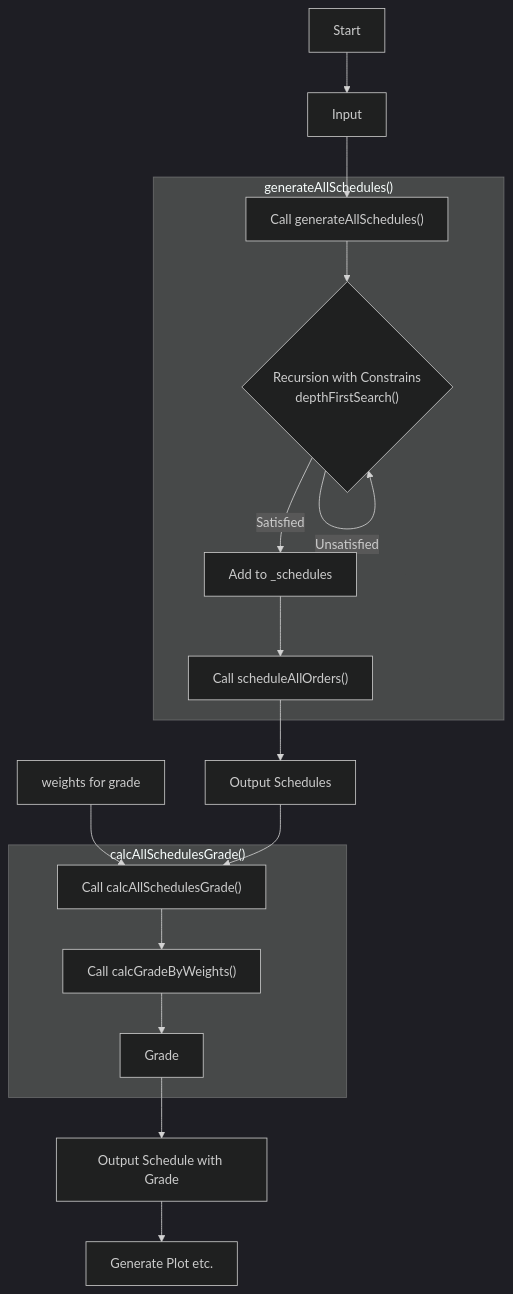
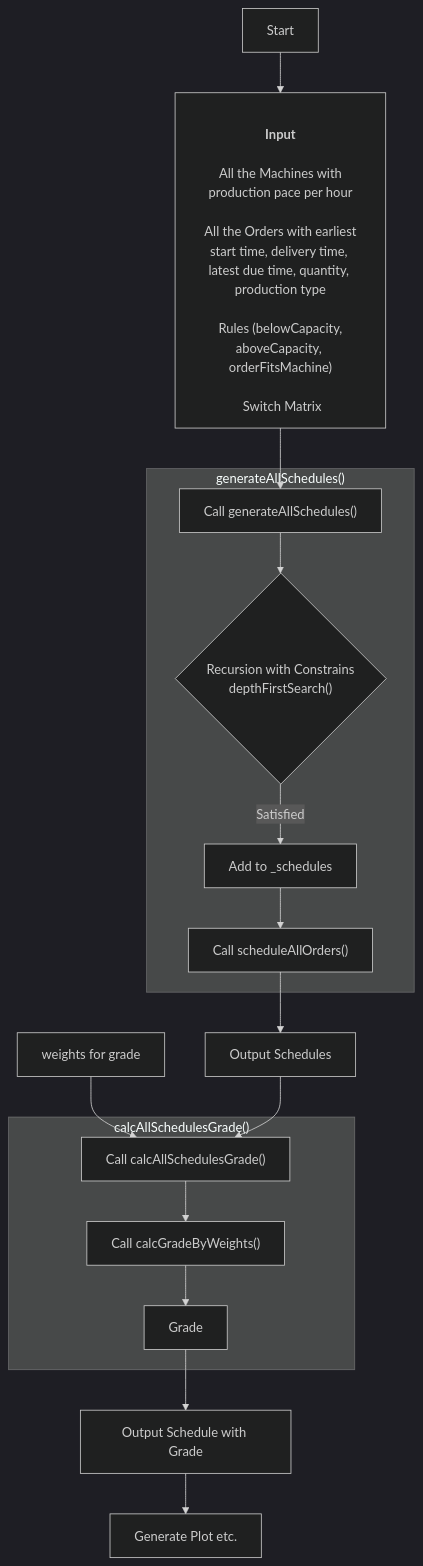
One commit to RPIFisherman/APS-app changed the second of 2 diagrams in README.md. Above: the diagram before and after it, drawn with Mermaid (dark theme). The commit also changed other lines of this file and 2 other files, not shown here.

Commit message:
clean code, edit notes

````diff
--- a/README.md
+++ b/README.md
@@ -144,20 +146,25 @@
 ```mermaid
 graph TD
-    A[Start] --> init[Input]
-    init --> generateAllSchedules["Call generateAllSchedules()"]
-    subgraph "generateAllSchedules()"
-        generateAllSchedules --> depthFirstSearch{"Recursion with Constrains<br>depthFirstSearch()"}
-        depthFirstSearch -->|Satisfied| C[Add to _schedules]
-        depthFirstSearch -->|Unsatisfied| depthFirstSearch
-        C --> D["Call scheduleAllOrders()"]
-    end
-    D --> E[Output Schedules]
-    F[weights for grade] --> calcAllSchedulesGrade
-    E --> calcAllSchedulesGrade["Call calcAllSchedulesGrade()"]
-    subgraph "calcAllSchedulesGrade()"
-        calcAllSchedulesGrade --> calcGradeByWeights["Call calcGradeByWeights()"]
-        calcGradeByWeights --> Grade[Grade]
-    end
-    Grade --> G[Output Schedule with Grade]
-    G --> H[Generate Plot etc.]
+    A[Start] --> init["<br><strong>Input</strong>
+      <br> All the Machines with production pace per hour
+<br> All the Orders with earliest start time, delivery time, <br>latest due time, quantity, production type
+<br> Rules (belowCapacity, aboveCapacity, orderFitsMachine)
+<br> Switch Matrix"]
+
+init --> generateAllSchedules["Call generateAllSchedules()"]
+subgraph "generateAllSchedules()"
+generateAllSchedules --> depthFirstSearch{"Recursion with Constrains<br>depthFirstSearch()"}
+depthFirstSearch -->|Satisfied|C[Add to _schedules]
+%%depthFirstSearch -->|Unsatisfied|depthFirstSearch
+C --> D["Call scheduleAllOrders()"]
+end
+D --> E[Output Schedules]
+F[weights for grade] --> calcAllSchedulesGrade
+E --> calcAllSchedulesGrade["Call calcAllSchedulesGrade()"]
+subgraph "calcAllSchedulesGrade()"
+calcAllSchedulesGrade --> calcGradeByWeights["Call calcGradeByWeights()"]
+calcGradeByWeights --> Grade[Grade]
+end
+Grade --> G[Output Schedule with Grade]
+G --> H[Generate Plot etc.]
 ```
````
